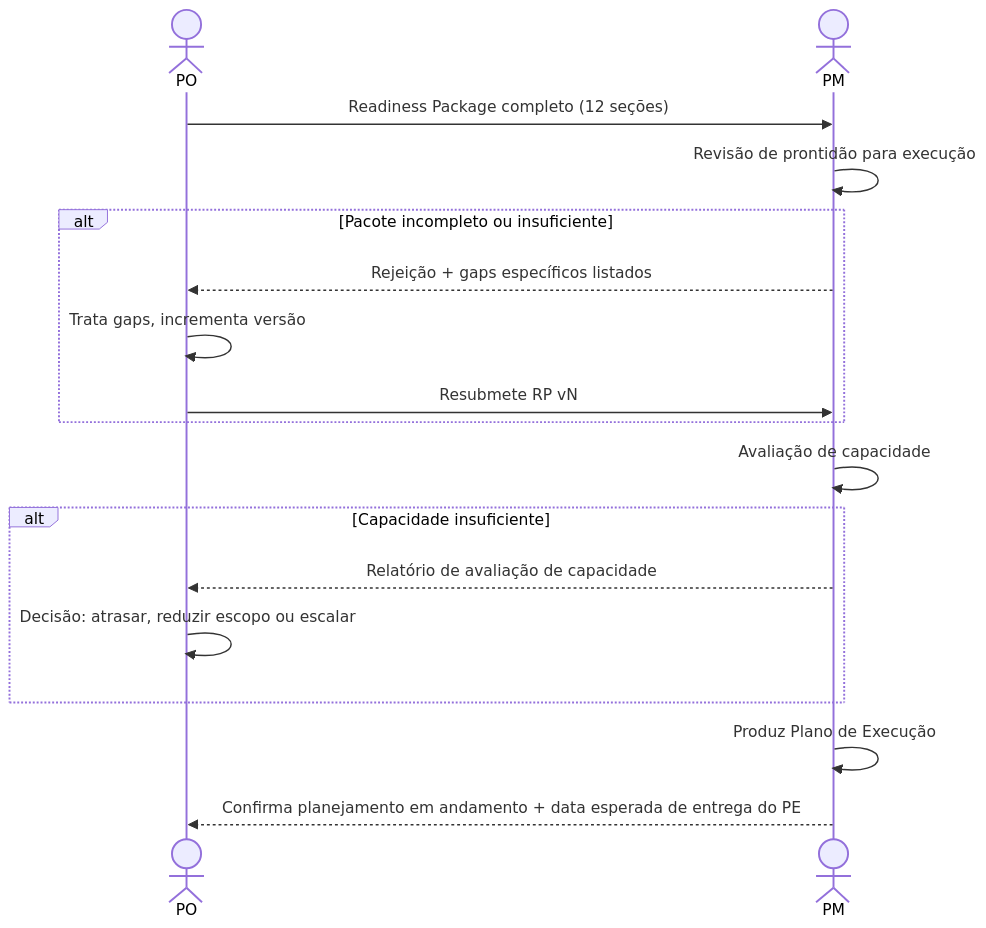
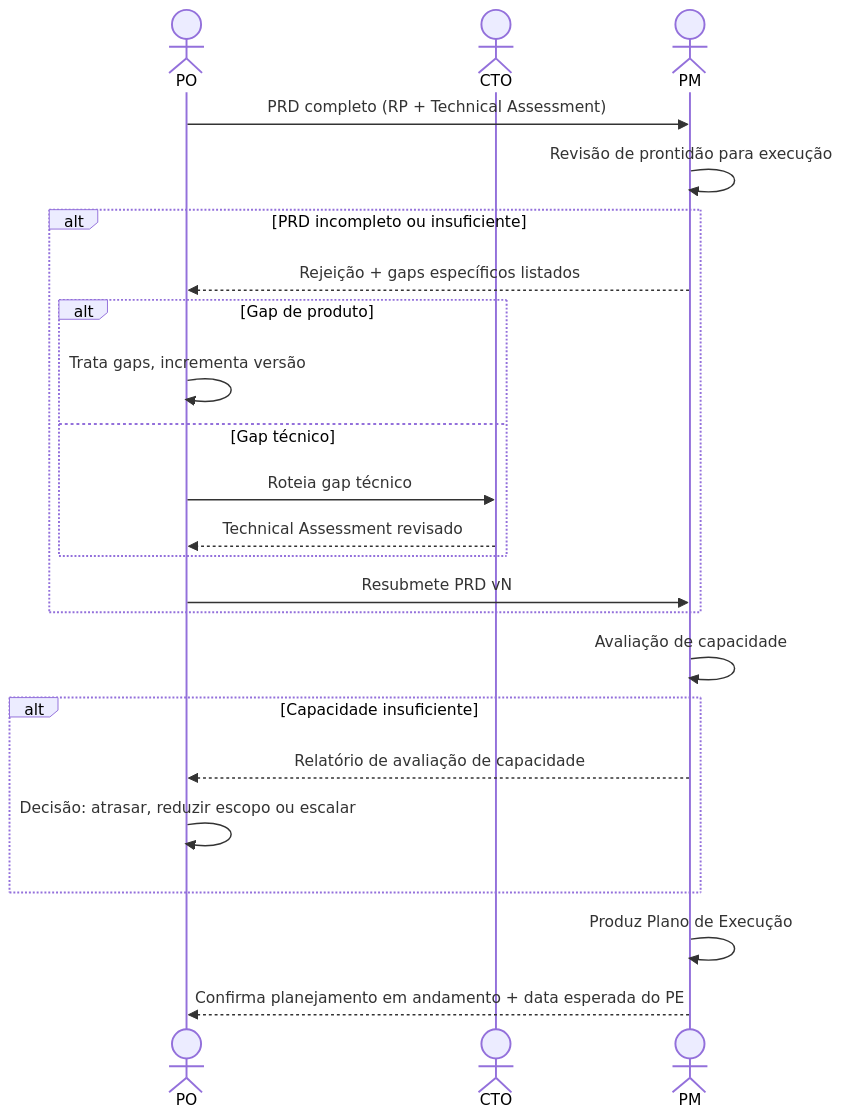
Before and after one commit to hugo-hsbtech/teamwork-process: the diagram in interactions/07-po-to-pm.md, drawn with Mermaid. The commit also changed other lines of this file and 10 other files, not shown here.

````diff
--- a/interactions/07-po-to-pm.md
+++ b/interactions/07-po-to-pm.md
@@ -62,23 +64,29 @@
 ```mermaid
 sequenceDiagram
     actor PO as PO
+    actor CTO as CTO
     actor PM as PM
 
-    PO->>PM: Readiness Package completo (12 seções)
+    PO->>PM: PRD completo (RP + Technical Assessment)
     PM->>PM: Revisão de prontidão para execução
 
-    alt Pacote incompleto ou insuficiente
+    alt PRD incompleto ou insuficiente
         PM-->>PO: Rejeição + gaps específicos listados
-        PO->>PO: Trata gaps, incrementa versão
-        PO->>PM: Resubmete RP vN
+        alt Gap de produto
+            PO->>PO: Trata gaps, incrementa versão
+        else Gap técnico
+            PO->>CTO: Roteia gap técnico
+            CTO-->>PO: Technical Assessment revisado
+        end
+        PO->>PM: Resubmete PRD vN
     end
 
     PM->>PM: Avaliação de capacidade
     alt Capacidade insuficiente
         PM-->>PO: Relatório de avaliação de capacidade
         PO->>PO: Decisão: atrasar, reduzir escopo ou escalar
     end
 
     PM->>PM: Produz Plano de Execução
-    PM-->>PO: Confirma planejamento em andamento + data esperada de entrega do PE
+    PM-->>PO: Confirma planejamento em andamento + data esperada do PE
 ```
````
